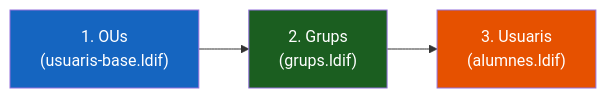
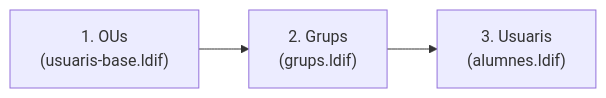
The diagram in docs/ut2/bloc4-ldap-usuaris/19-ldapadd-usuaris-grups.md (xtartera/TartyDocs), drawn with Mermaid before and after one commit. The commit also changed 15 other files, not shown here.

First line of the commit message:
ut2: elimina style directives dels diagrames mermaid (18 fitxers)

````diff
--- a/docs/ut2/bloc4-ldap-usuaris/19-ldapadd-usuaris-grups.md
+++ b/docs/ut2/bloc4-ldap-usuaris/19-ldapadd-usuaris-grups.md
@@ -32,9 +32,6 @@
     ```mermaid
     graph LR
         A["1. OUs\n(usuaris-base.ldif)"] --> B["2. Grups\n(grups.ldif)"]
         B --> C["3. Usuaris\n(alumnes.ldif)"]
 
-        style A fill:#1565C0,color:#fff
-        style B fill:#1B5E20,color:#fff
-        style C fill:#E65100,color:#fff
     ```
````
